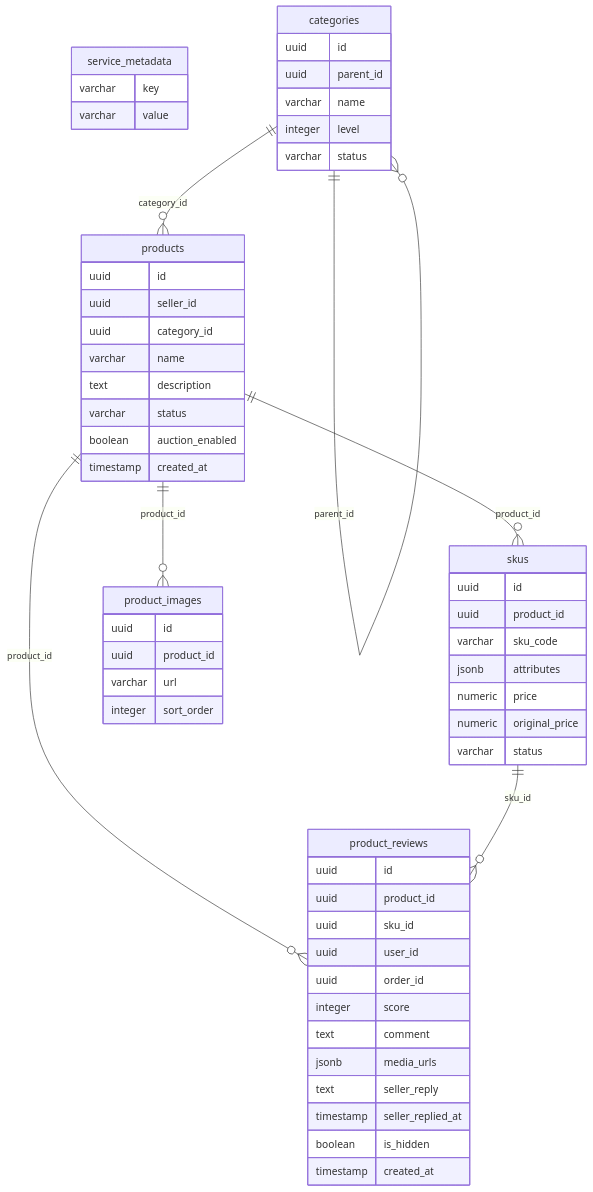
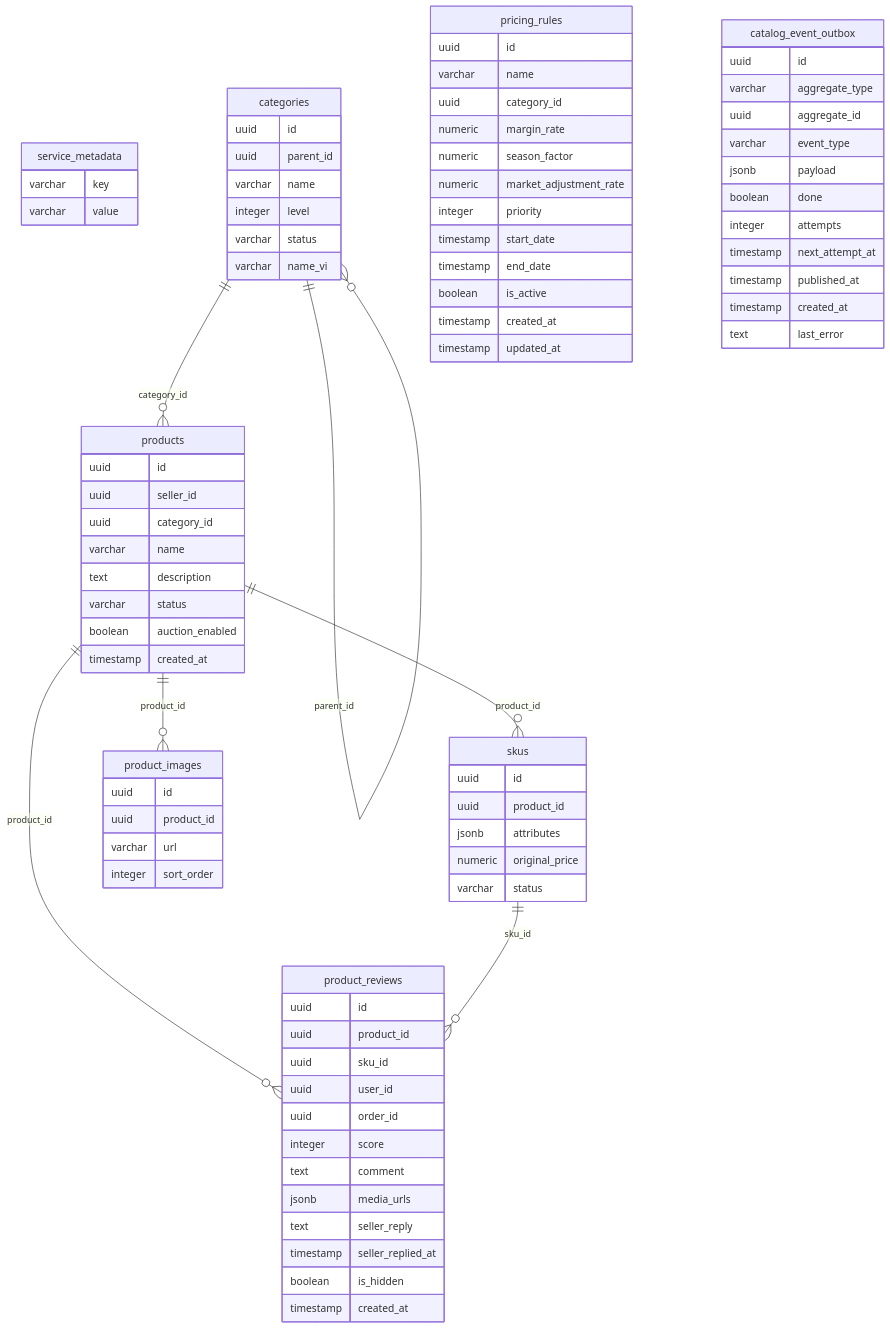
Before and after one commit to harry-leon/e-commerce-auction: the second of 7 diagrams in docs/database/ERD.md, drawn with Mermaid. The commit also changed other lines of this file and 99 other files, not shown here.

Commit message:
feat(catalog,fulfillment): decouple catalog skuId and fulfillment skuCode (HG-S2-6)

```diff
--- a/docs/database/ERD.md
+++ b/docs/database/ERD.md
@@ -42,6 +42,7 @@
     varchar name
     integer level
     varchar status
+    varchar name_vi
   }
   products {
     uuid id
@@ -56,9 +57,7 @@
   skus {
     uuid id
     uuid product_id
-    varchar sku_code
     jsonb attributes
-    numeric price
     numeric original_price
     varchar status
   }
@@ -82,6 +81,33 @@
     boolean is_hidden
     timestamp created_at
   }
+  pricing_rules {
+    uuid id
+    varchar name
+    uuid category_id
+    numeric margin_rate
+    numeric season_factor
+    numeric market_adjustment_rate
+    integer priority
+    timestamp start_date
+    timestamp end_date
+    boolean is_active
+    timestamp created_at
+    timestamp updated_at
+  }
+  catalog_event_outbox {
+    uuid id
+    varchar aggregate_type
+    uuid aggregate_id
+    varchar event_type
+    jsonb payload
+    boolean done
+    integer attempts
+    timestamp next_attempt_at
+    timestamp published_at
+    timestamp created_at
+    text last_error
+  }
   categories ||--o{ categories : parent_id
   categories ||--o{ products : category_id
   products ||--o{ skus : product_id
```
